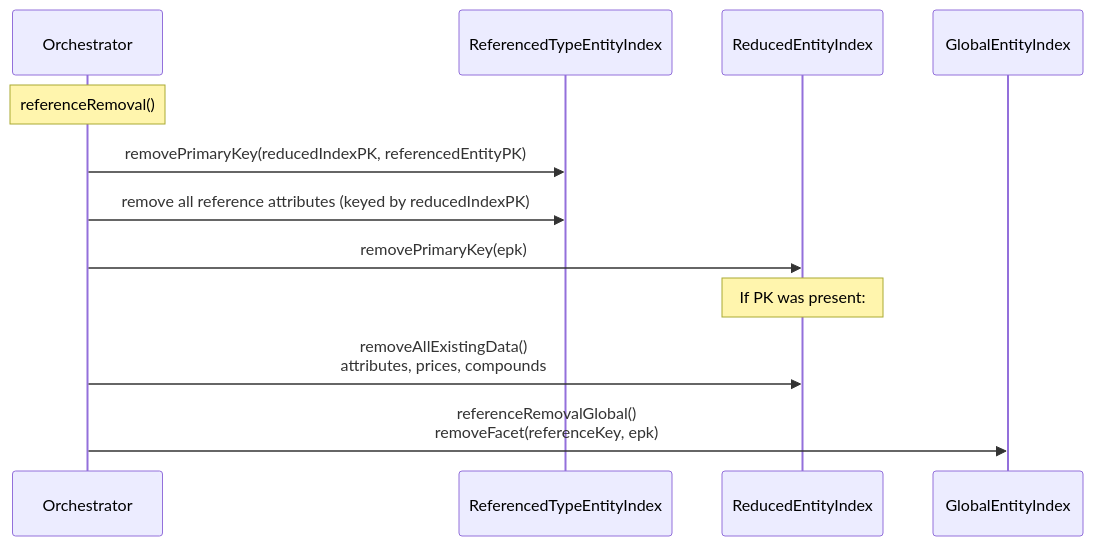
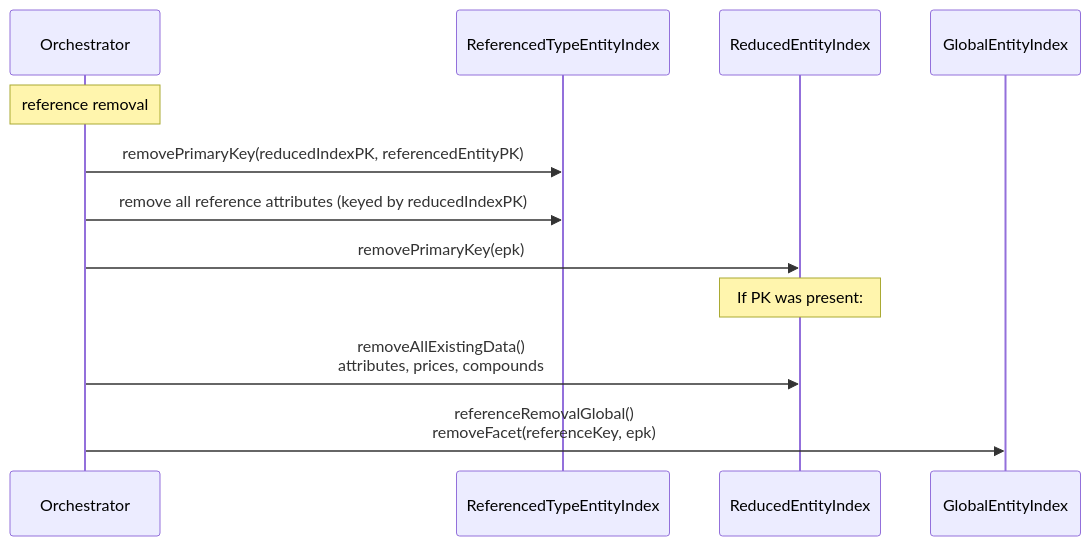
The third of 7 diagrams in documentation/developer/indexes/mutation-flow.md (FgForrest/evitaDB), drawn with Mermaid before and after one commit. The commit also changed other lines of this file and 14 other files, not shown here.

````diff
--- a/documentation/developer/indexes/mutation-flow.md
+++ b/documentation/developer/indexes/mutation-flow.md
@@ -335,14 +335,14 @@
 ```mermaid
 sequenceDiagram
     participant O as Orchestrator
     participant TI as ReferencedTypeEntityIndex
     participant RI as ReducedEntityIndex
     participant G as GlobalEntityIndex
-    Note over O: referenceRemoval()
+    Note over O: reference removal
     O ->> TI: removePrimaryKey(reducedIndexPK, referencedEntityPK)
     O ->> TI: remove all reference attributes (keyed by reducedIndexPK)
     O ->> RI: removePrimaryKey(epk)
     Note over RI: If PK was present:
     O ->> RI: removeAllExistingData()<br/>attributes, prices, compounds
     O ->> G: referenceRemovalGlobal()<br/>removeFacet(referenceKey, epk)
 ```
````
